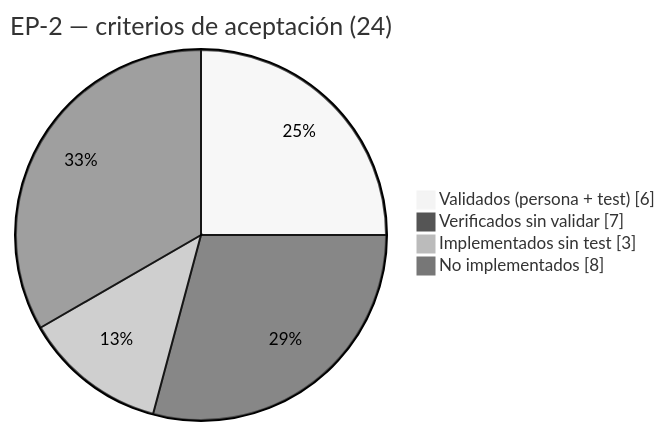
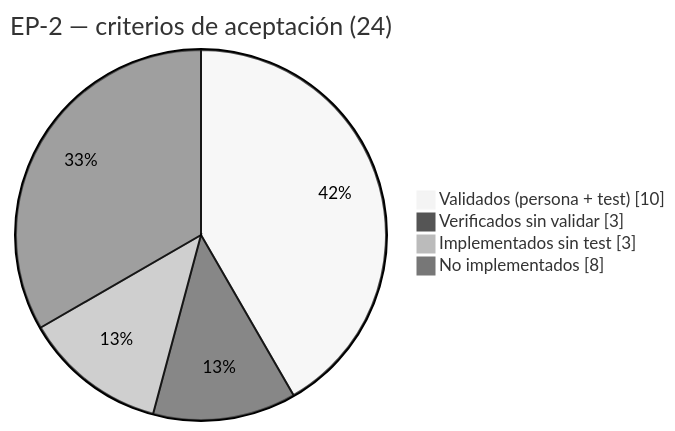
Before and after one commit to P4bl1t0ck/Urbanex: the diagram in docs/handoff/URBANEX_AVANCE_EPICAS.md, drawn with Mermaid (neutral theme). The commit also changed other lines of this file and 6 other files, not shown here.

````diff
--- a/docs/handoff/URBANEX_AVANCE_EPICAS.md
+++ b/docs/handoff/URBANEX_AVANCE_EPICAS.md
@@ -99,7 +99,7 @@
 ```mermaid
 pie showData title EP-2 — criterios de aceptación (24)
-  "Validados (persona + test)" : 6
-  "Verificados sin validar" : 7
+  "Validados (persona + test)" : 10
+  "Verificados sin validar" : 3
   "Implementados sin test" : 3
   "No implementados" : 8
 ```
````
